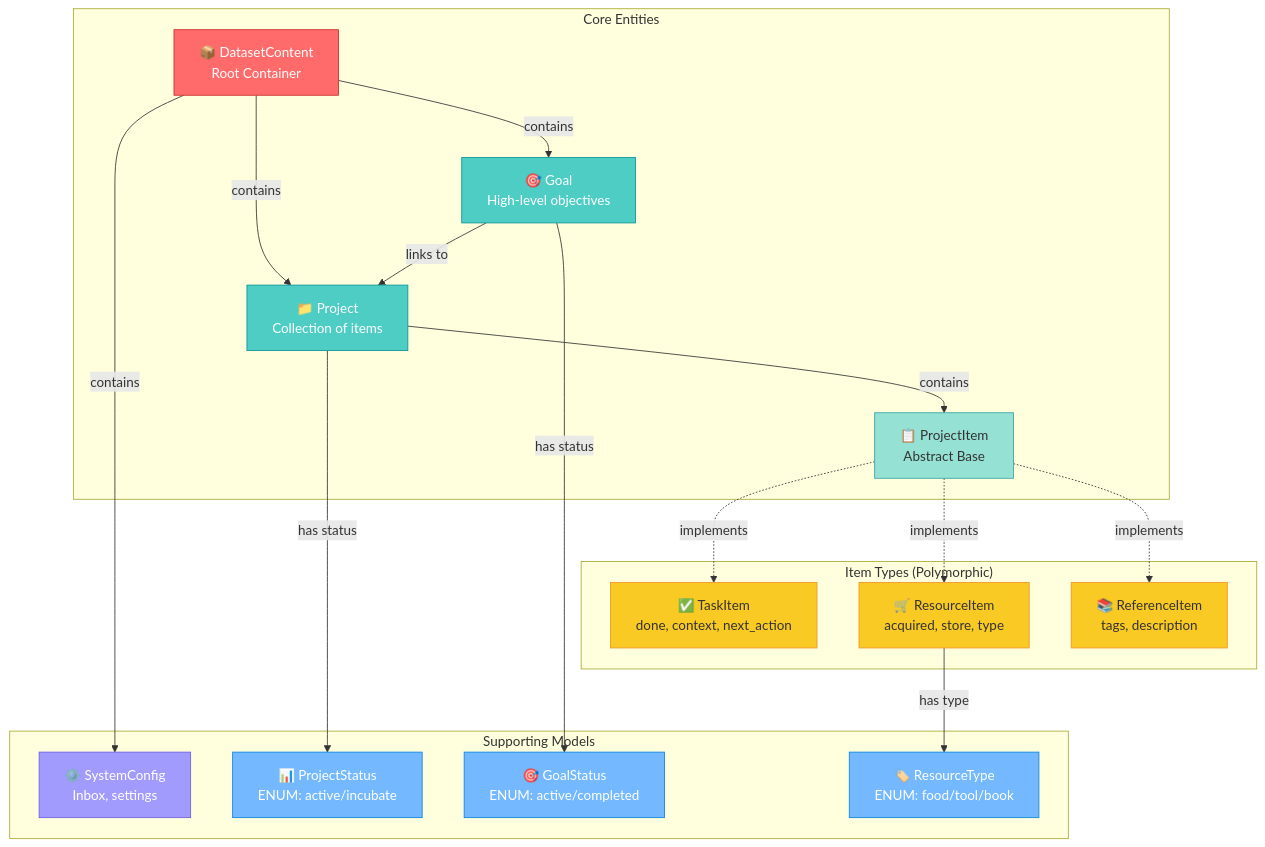
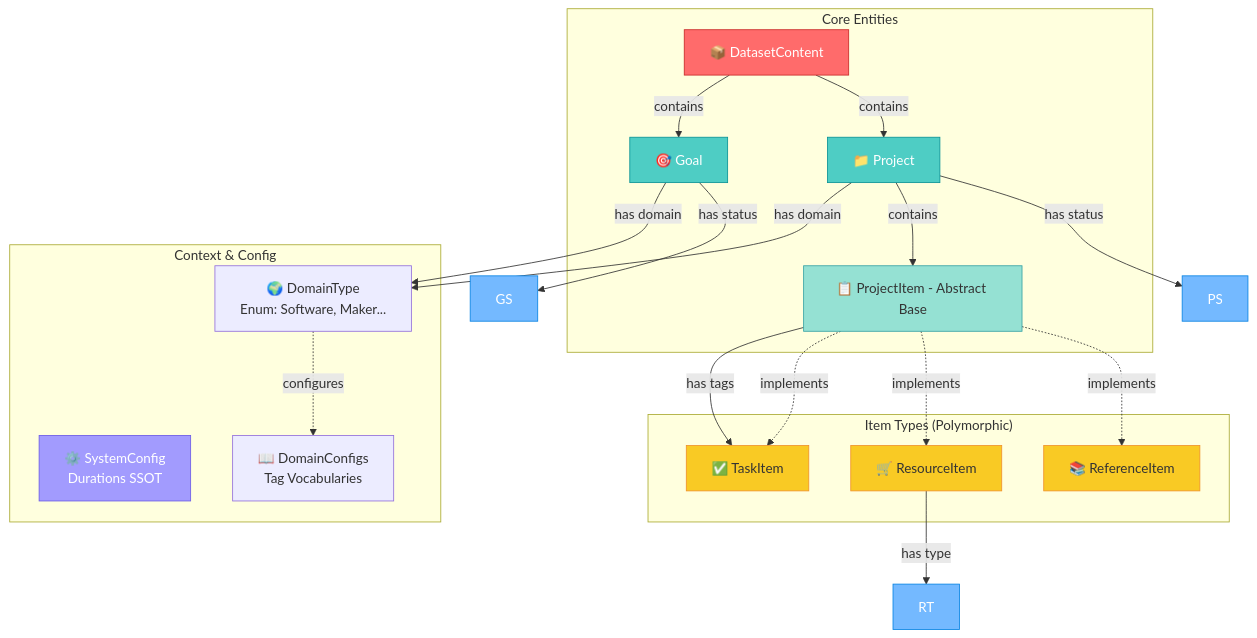
One commit to m1981/task_classifier_rd changed the second of 5 diagrams in doc/spec/01-system-context.md. Above: the diagram before and after it, drawn with Mermaid. The commit also changed other lines of this file and 16 other files, not shown here.

Commit message:
docs: update architecture and context strategies

````diff
--- a/doc/spec/01-system-context.md
+++ b/doc/spec/01-system-context.md
@@ -109,46 +108,49 @@
 ```mermaid
 graph TD
     subgraph "Core Entities"
-        DC[📦 DatasetContent<br/>Root Container]
-        G[🎯 Goal<br/>High-level objectives]
-        P[📁 Project<br/>Collection of items]
-        PI[📋 ProjectItem<br/>Abstract Base]
+        DC[📦 DatasetContent]
+        G[🎯 Goal]
+        P[📁 Project]
+        PI[📋 ProjectItem - Abstract Base]
+    end
+    
+    subgraph "Context & Config"
+        SC[⚙️ SystemConfig<br/>Durations SSOT]
+        DT[🌍 DomainType<br/>Enum: Software, Maker...]
+        DCFG[📖 DomainConfigs<br/>Tag Vocabularies]
     end
     
     subgraph "Item Types (Polymorphic)"
-        T[✅ TaskItem<br/>done, context, next_action]
-        R[🛒 ResourceItem<br/>acquired, store, type]
-        REF[📚 ReferenceItem<br/>tags, description]
-    end
-    
-    subgraph "Supporting Models"
-        SC[⚙️ SystemConfig<br/>Inbox, settings]
-        PS[📊 ProjectStatus<br/>ENUM: active/incubate]
-        GS[🎯 GoalStatus<br/>ENUM: active/completed]
-        RT[🏷️ ResourceType<br/>ENUM: food/tool/book]
+        T[✅ TaskItem]
+        R[🛒 ResourceItem]
+        REF[📚 ReferenceItem]
     end
     
     DC -->|contains| G
     DC -->|contains| P
-    DC -->|contains| SC
-    G -->|links to| P
+    
+    G -->|has domain| DT
+    P -->|has domain| DT
+    DT -.->|configures| DCFG
+    
     P -->|contains| PI
+    PI -->|has tags| T
     PI -.->|implements| T
     PI -.->|implements| R
     PI -.->|implements| REF
     P -->|has status| PS
     G -->|has status| GS
     R -->|has type| RT
     
     style DC fill:#ff6b6b,stroke:#c92a2a,color:#fff
     style G fill:#4ecdc4,stroke:#0a9396,color:#fff
     style P fill:#4ecdc4,stroke:#0a9396,color:#fff
     style PI fill:#95e1d3,stroke:#38a3a5
     style T fill:#f9ca24,stroke:#f0932b
     style R fill:#f9ca24,stroke:#f0932b
     style REF fill:#f9ca24,stroke:#f0932b
     style SC fill:#a29bfe,stroke:#6c5ce7,color:#fff
     style PS fill:#74b9ff,stroke:#0984e3,color:#fff
     style GS fill:#74b9ff,stroke:#0984e3,color:#fff
     style RT fill:#74b9ff,stroke:#0984e3,color:#fff
 ```
````
